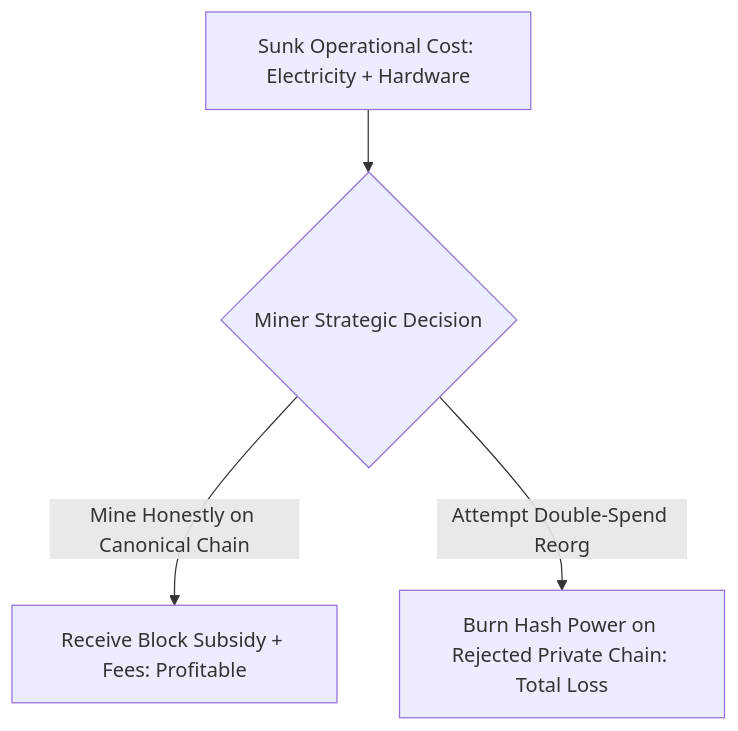
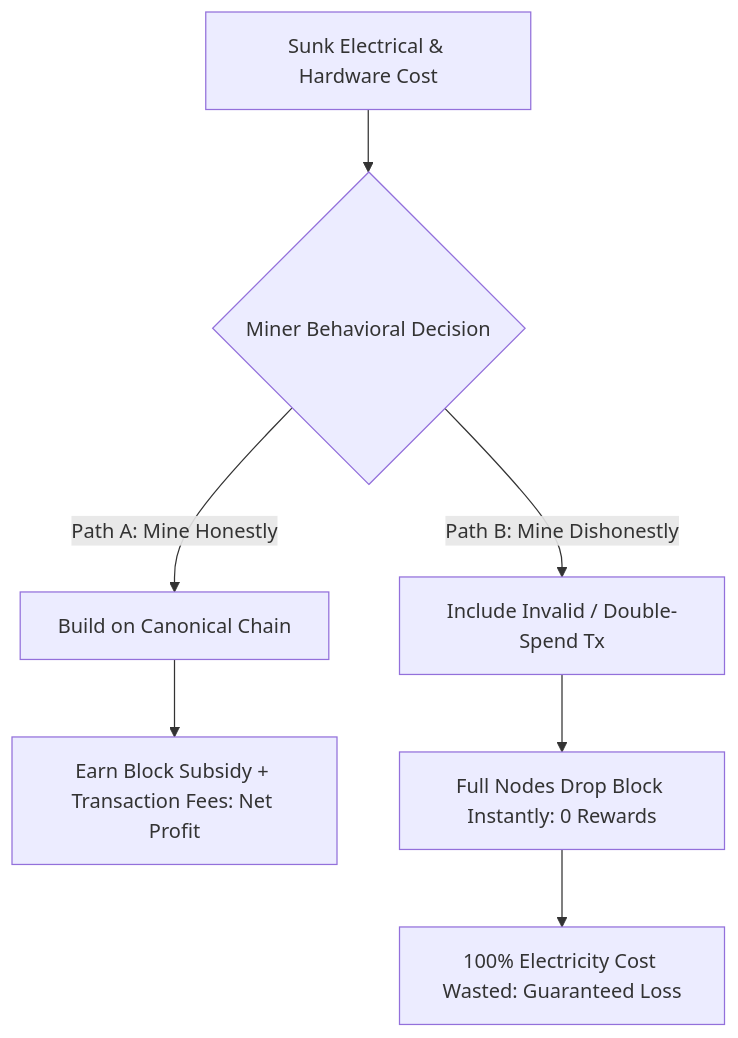
The fourth of 6 diagrams in docs/learn/fundamentals/03-consensus-and-game-theory/02-proof-of-work-and-nakamoto-consensus.md (ub-society/modules), drawn with Mermaid before and after one commit. The commit also changed other lines of this file and 3 other files, not shown here.

````diff
--- a/docs/learn/fundamentals/03-consensus-and-game-theory/02-proof-of-work-and-nakamoto-consensus.md
+++ b/docs/learn/fundamentals/03-consensus-and-game-theory/02-proof-of-work-and-nakamoto-consensus.md
@@ -81,6 +138,10 @@
 ```mermaid
 flowchart TD
-    Cost[Sunk Operational Cost: Electricity + Hardware] --> Action{Miner Strategic Decision}
-    Action -->|Mine Honestly on Canonical Chain| Reward[Receive Block Subsidy + Fees: Profitable]
-    Action -->|Attempt Double-Spend Reorg| Attack[Burn Hash Power on Rejected Private Chain: Total Loss]
+    Capital[Sunk Electrical & Hardware Cost] --> MinerDecision{Miner Behavioral Decision}
+    MinerDecision -->|Path A: Mine Honestly| Canonical[Build on Canonical Chain]
+    Canonical --> WinReward[Earn Block Subsidy + Transaction Fees: Net Profit]
+
+    MinerDecision -->|Path B: Mine Dishonestly| Cheat[Include Invalid / Double-Spend Tx]
+    Cheat --> Reject[Full Nodes Drop Block Instantly: 0 Rewards]
+    Reject --> TotalLoss[100% Electricity Cost Wasted: Guaranteed Loss]
 ```
````
